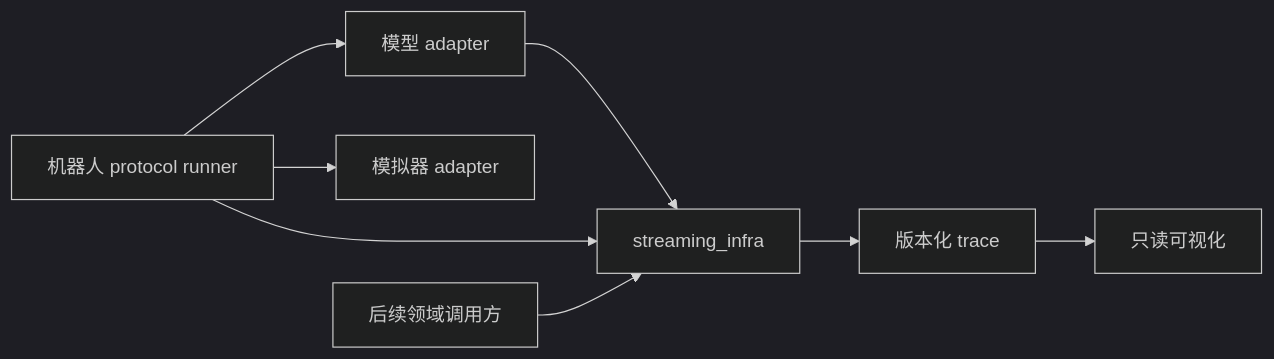
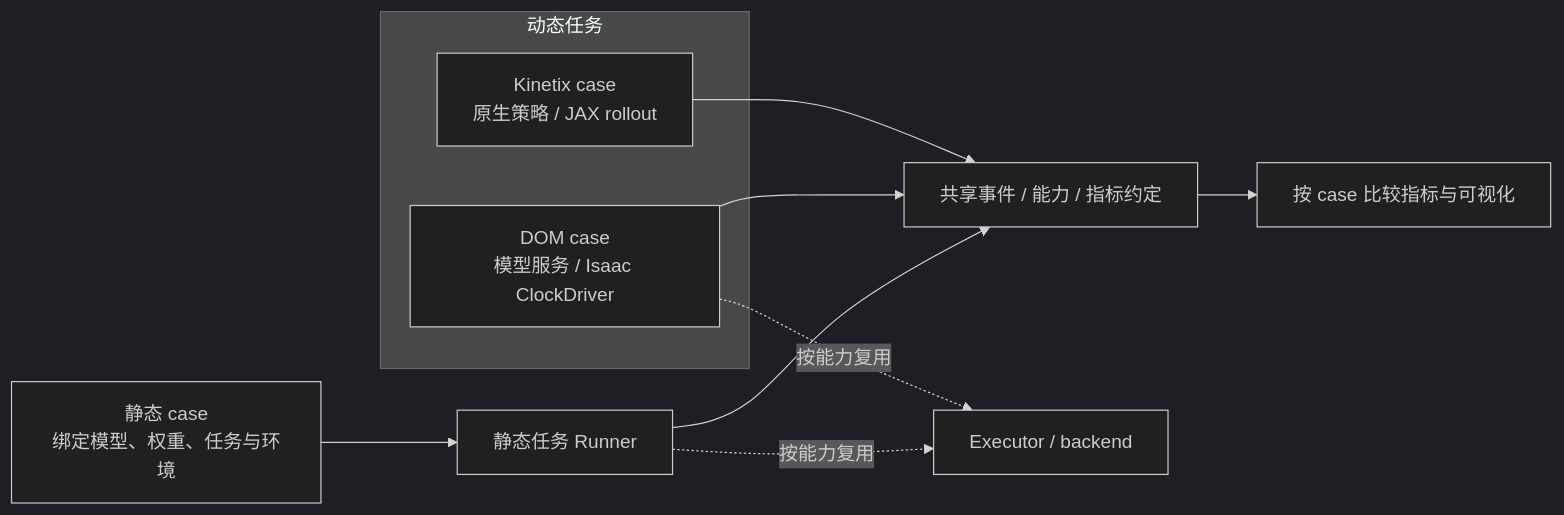
One commit to Ther-nullptr/robotics-the-speedup-paradox changed the diagram in docs/architecture.md. Above: the diagram before and after it, drawn with Mermaid (dark theme). The commit also changed other lines of this file and 19 other files, not shown here.

````diff
--- a/docs/architecture.md
+++ b/docs/architecture.md
@@ -23,12 +42,16 @@
 ```mermaid
 flowchart LR
-    accTitle: Shared Infrastructure Module Boundaries
-    accDescr: Robotics policies and protocols depend on a shared infrastructure package. Model and simulator dependencies stay in their adapters, and visualization consumes trace data.
-    policy["模型 adapter"] --> core["streaming_infra"]
-    runner["机器人 protocol runner"] --> core
-    runner --> simulator["模拟器 adapter"]
-    runner --> policy
-    core --> trace["版本化 trace"]
-    trace --> viewer["只读可视化"]
-    consumers["后续领域调用方"] --> core
+    accTitle: Static and Dynamic Experiment Boundaries
+    accDescr: Static cases, DOM cases and native JAX Kinetix cases keep separate execution loops. All share event and metric contracts; executor reuse is optional for compatible runtimes.
+    static_case["静态 case<br/>绑定模型、权重、任务与环境"] --> static_runner["静态任务 Runner"]
+    subgraph dynamic_track["动态任务"]
+        dom_runner["DOM case<br/>模型服务 / Isaac ClockDriver"]
+        kinetix_runner["Kinetix case<br/>原生策略 / JAX rollout"]
+    end
+    static_runner --> contracts["共享事件 / 能力 / 指标约定"]
+    dom_runner --> contracts
+    kinetix_runner --> contracts
+    static_runner -.按能力复用.-> executor["Executor / backend"]
+    dom_runner -.按能力复用.-> executor
+    contracts --> viewer["按 case 比较指标与可视化"]
 ```
````
